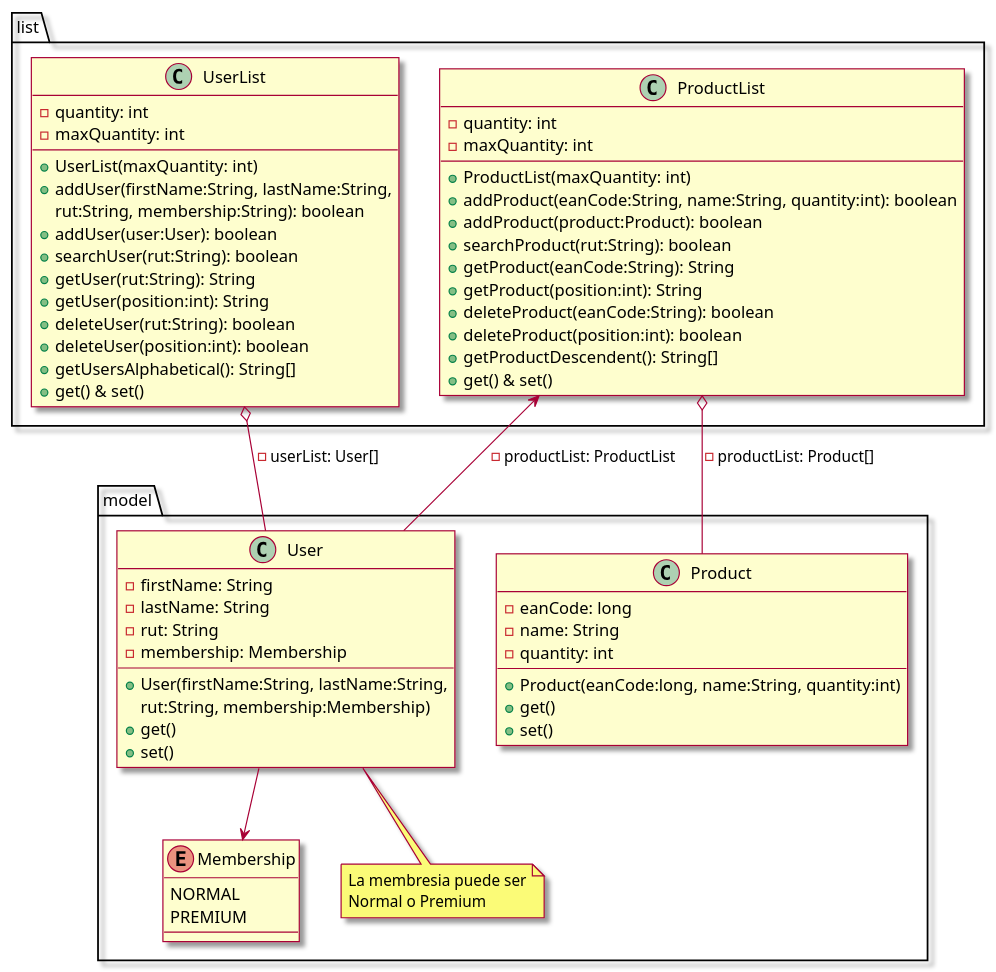
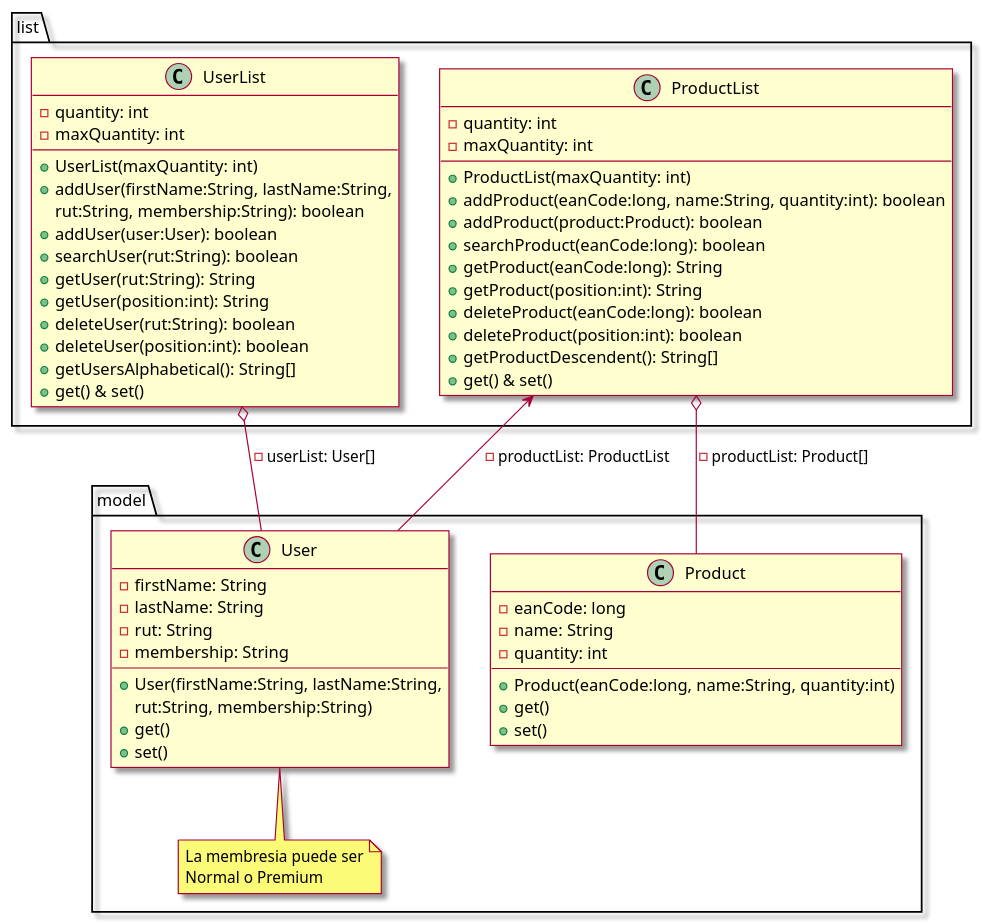
Before and after one commit to ZenkaiRed/Ayudantia3-PA: the diagram in src/clases.puml, drawn with PlantUML. The commit also changed 6 other files, not shown here.

```diff
--- a/src/clases.puml
+++ b/src/clases.puml
@@ -1,82 +1,76 @@
 @startuml
 skin rose
 
 package model {
 
     class User {
         - firstName: String
         - lastName: String
         - rut: String
-        - membership: Membership
+        - membership: String
 
         + User(firstName:String, lastName:String,
-        rut:String, membership:Membership)
+        rut:String, membership:String)
         + get()
         + set()
     }
 
     class Product {
         - eanCode: long
         - name: String
         - quantity: int
 
         +Product(eanCode:long, name:String, quantity:int)
         + get()
         + set()
     }
 
-    enum Membership {
-        NORMAL
-        PREMIUM
-    }
-
     note "La membresia puede ser\nNormal o Premium" as N1
 
     User --> N1
-    User --> Membership
 
 }
 
 package list {
 
     class UserList {
         - quantity: int
         - maxQuantity: int
 
         + UserList(maxQuantity: int)
         + addUser(firstName:String, lastName:String,
         rut:String, membership:String): boolean
         + addUser(user:User): boolean
         + searchUser(rut:String): boolean
         + getUser(rut:String): String
         + getUser(position:int): String
         + deleteUser(rut:String): boolean
         + deleteUser(position:int): boolean
         + getUsersAlphabetical(): String[]
         + get() & set()
     }
 
     class ProductList {
         - quantity: int
         - maxQuantity: int
 
         + ProductList(maxQuantity: int)
-        + addProduct(eanCode:String, name:String, quantity:int): boolean
+        + addProduct(eanCode:long, name:String, quantity:int): boolean
         + addProduct(product:Product): boolean
-        + searchProduct(rut:String): boolean
-        + getProduct(eanCode:String): String
+        + searchProduct(eanCode:long): boolean
+        + getProduct(eanCode:long): String
         + getProduct(position:int): String
-        + deleteProduct(eanCode:String): boolean
+        + deleteProduct(eanCode:long): boolean
         + deleteProduct(position:int): boolean
         + getProductDescendent(): String[]
         + get() & set()
     }
 
     UserList o-- User : -userList: User[]
     ProductList o-- Product : -productList: Product[]
 
     User --> ProductList : -productList: ProductList
 }
 
 
 @enduml
```
